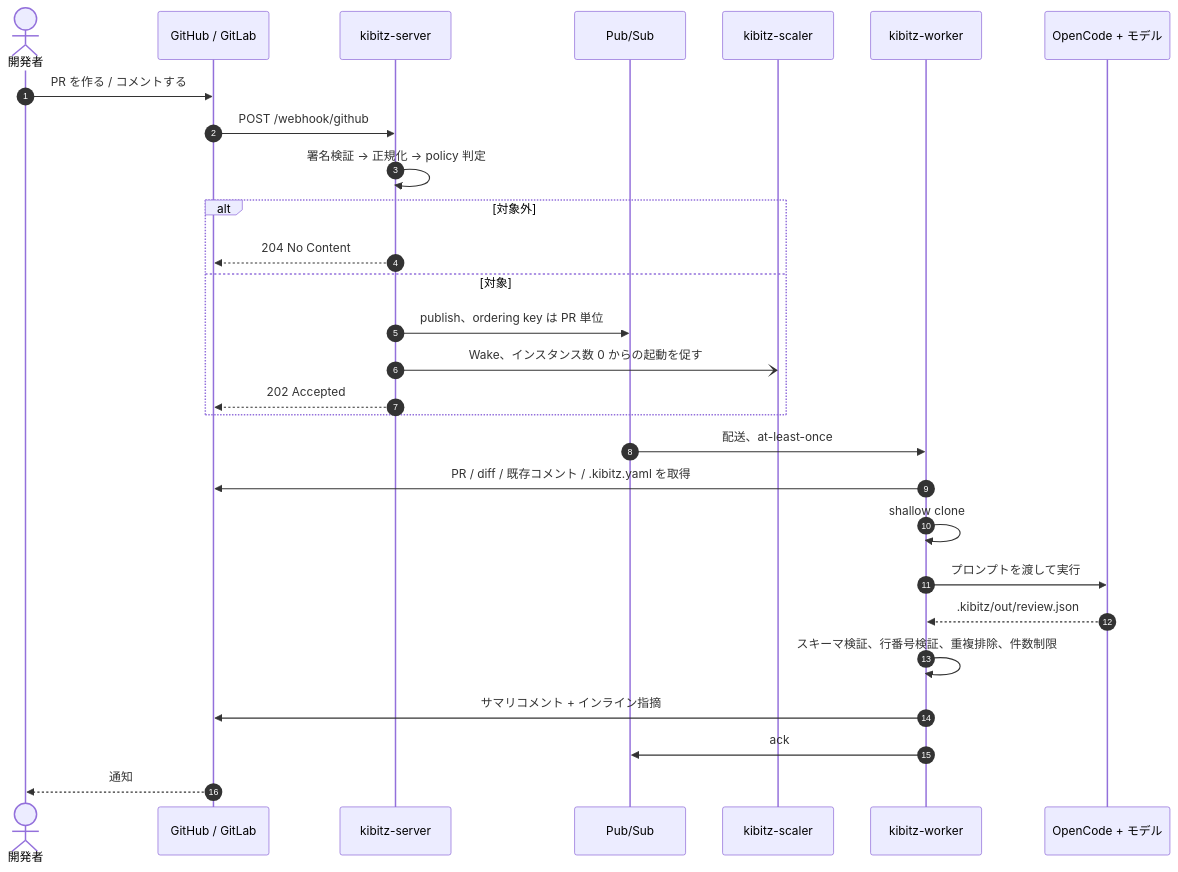
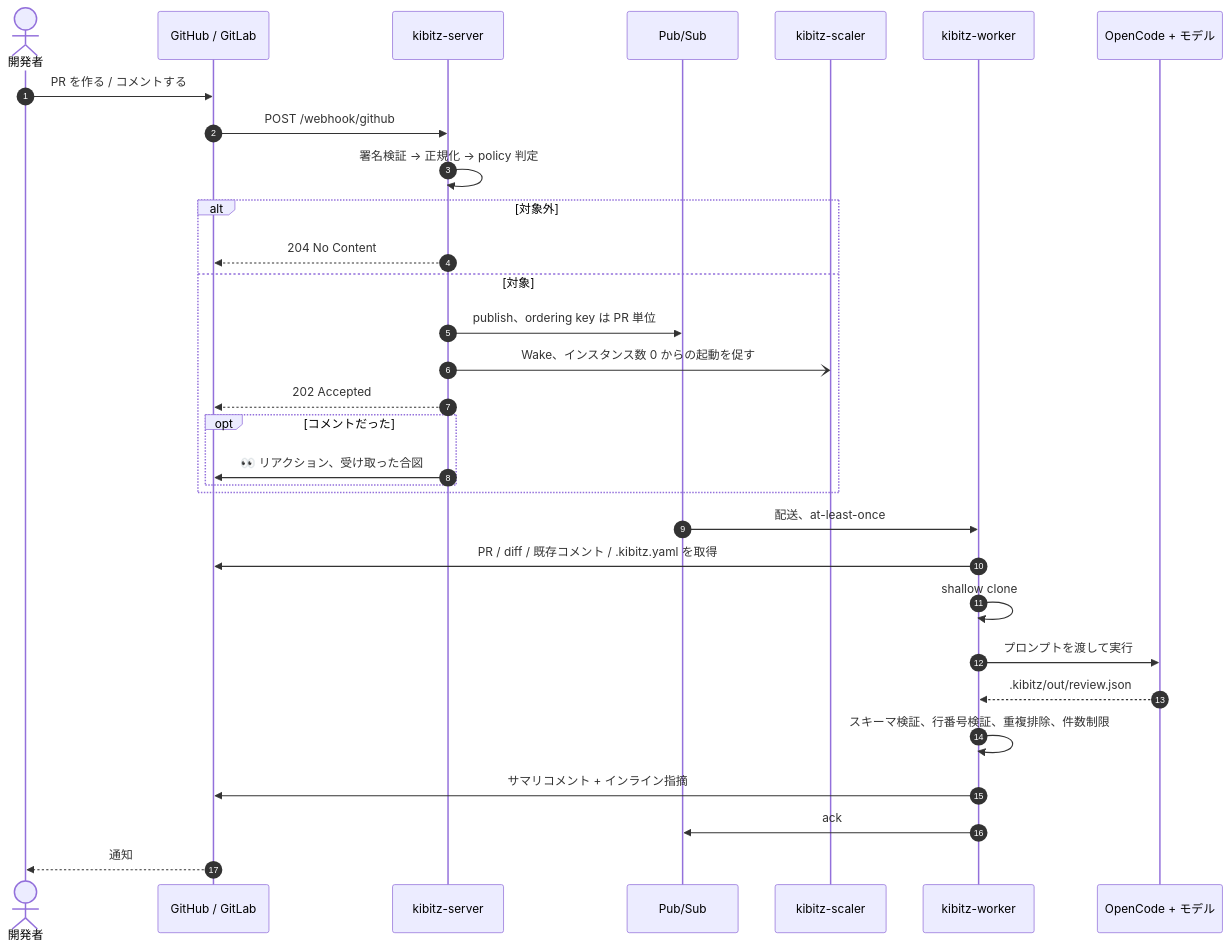
Before and after one commit to yteraoka/kibitz: the first of 8 diagrams in docs/review-flow.md, drawn with Mermaid. The commit also changed other lines of this file and 35 other files, not shown here.

````diff
--- a/docs/review-flow.md
+++ b/docs/review-flow.md
@@ -18,32 +18,35 @@
 ```mermaid
 sequenceDiagram
     autonumber
     actor Dev as 開発者
     participant Forge as GitHub / GitLab
     participant Server as kibitz-server
     participant Queue as Pub/Sub
     participant Scaler as kibitz-scaler
     participant Worker as kibitz-worker
     participant Agent as OpenCode + モデル
 
     Dev->>Forge: PR を作る / コメントする
     Forge->>Server: POST /webhook/github
     Server->>Server: 署名検証 → 正規化 → policy 判定
     alt 対象外
         Server-->>Forge: 204 No Content
     else 対象
         Server->>Queue: publish、ordering key は PR 単位
         Server-)Scaler: Wake、インスタンス数 0 からの起動を促す
         Server-->>Forge: 202 Accepted
+        opt コメントだった
+            Server->>Forge: 👀 リアクション、受け取った合図
+        end
     end
 
     Queue->>Worker: 配送、at-least-once
     Worker->>Forge: PR / diff / 既存コメント / .kibitz.yaml を取得
     Worker->>Worker: shallow clone
     Worker->>Agent: プロンプトを渡して実行
     Agent-->>Worker: .kibitz/out/review.json
     Worker->>Worker: スキーマ検証、行番号検証、重複排除、件数制限
     Worker->>Forge: サマリコメント + インライン指摘
     Worker->>Queue: ack
     Forge-->>Dev: 通知
 ```
````
